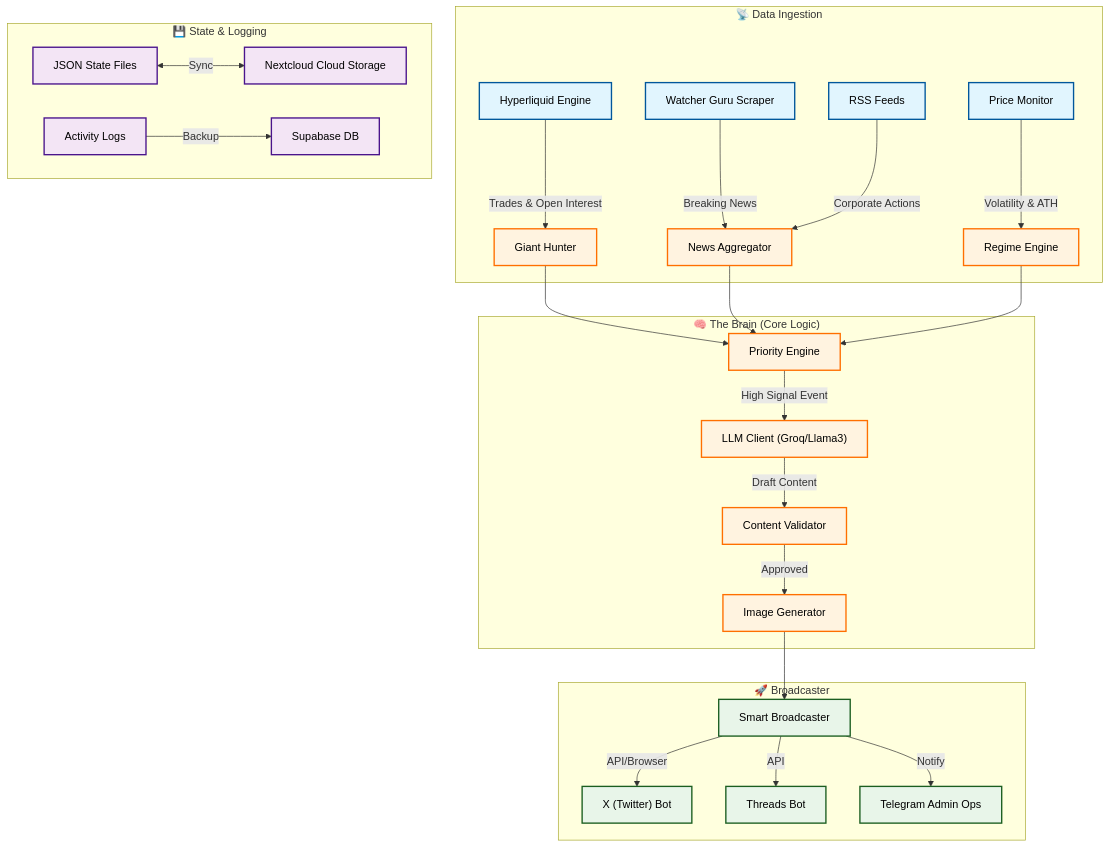
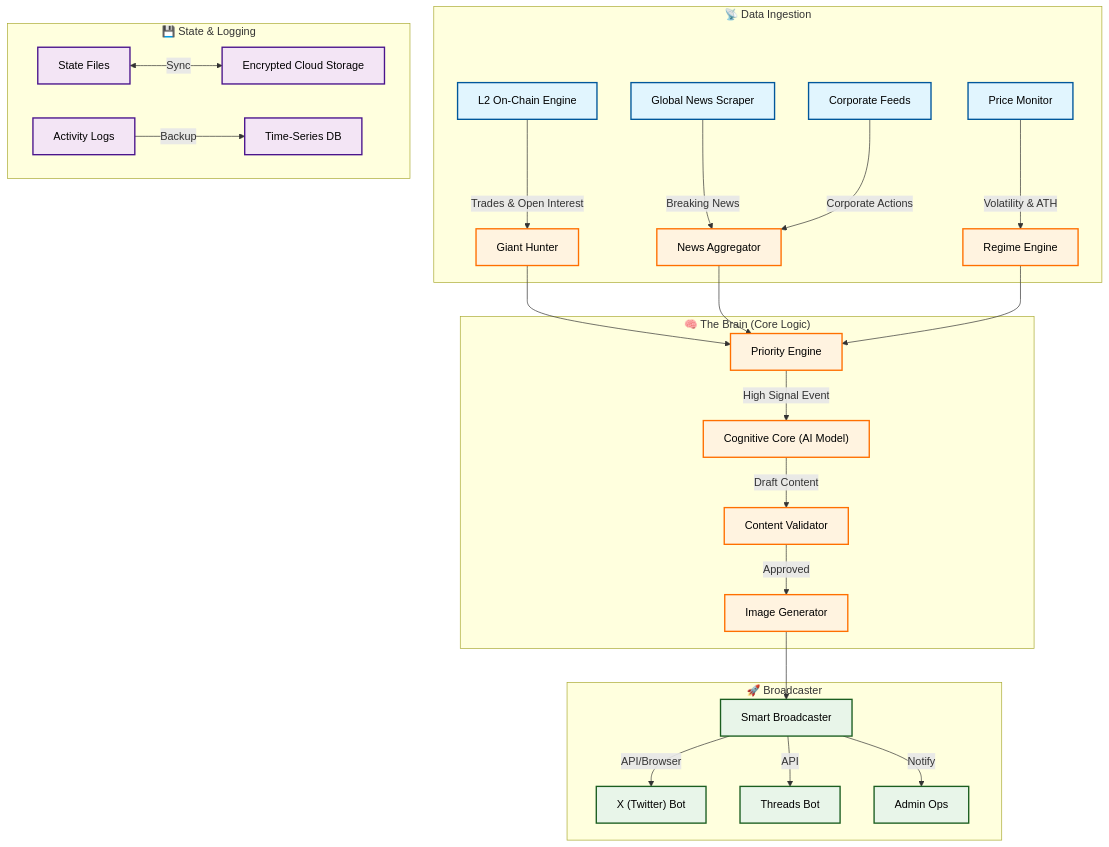
Before and after one commit to dewhush/Dew-Protocols: the diagram in README.md, drawn with Mermaid. The commit also changed other lines of this file, not shown here.

Commit message:
Update README.md badges and system architecture

````diff
--- a/README.md
+++ b/README.md
@@ -24,40 +25,40 @@
 ```mermaid
 graph TD
     subgraph Data_Layer ["📡 Data Ingestion"]
-        HL[Hyperliquid Engine] -->|Trades & Open Interest| GH[Giant Hunter]
-        W[Watcher Guru Scraper] -->|Breaking News| NA[News Aggregator]
-        RSS[RSS Feeds] -->|Corporate Actions| NA
+        HL[L2 On-Chain Engine] -->|Trades & Open Interest| GH[Giant Hunter]
+        W[Global News Scraper] -->|Breaking News| NA[News Aggregator]
+        RSS[Corporate Feeds] -->|Corporate Actions| NA
         Price[Price Monitor] -->|Volatility & ATH| RE[Regime Engine]
     end
 
     subgraph Logic_Layer ["🧠 The Brain (Core Logic)"]
         GH & NA --> PE[Priority Engine]
         RE --> PE
-        PE -->|High Signal Event| LLM["LLM Client (Groq/Llama3)"]
+        PE -->|High Signal Event| LLM["Cognitive Core (AI Model)"]
         LLM -->|Draft Content| VAL[Content Validator]
         VAL -->|Approved| IG[Image Generator]
     end
 
     subgraph Storage_Layer ["💾 State & Logging"]
-        States[JSON State Files] <-->|Sync| NC[Nextcloud Cloud Storage]
-        Logs[Activity Logs] -->|Backup| SB[Supabase DB]
+        States[State Files] <-->|Sync| NC[Encrypted Cloud Storage]
+        Logs[Activity Logs] -->|Backup| SB[Time-Series DB]
     end
 
     subgraph Action_Layer ["🚀 Broadcaster"]
         IG --> Poster[Smart Broadcaster]
         Poster -->|API/Browser| Twitter["X (Twitter) Bot"]
         Poster -->|API| Threads[Threads Bot]
-        Poster -->|Notify| TG[Telegram Admin Ops]
+        Poster -->|Notify| TG[Admin Ops]
     end
 
     %% formatting
     classDef source fill:#e1f5fe,stroke:#01579b,stroke-width:2px,color:#000;
     classDef logic fill:#fff3e0,stroke:#ff6f00,stroke-width:2px,color:#000;
     classDef storage fill:#f3e5f5,stroke:#4a148c,stroke-width:2px,color:#000;
     classDef action fill:#e8f5e9,stroke:#1b5e20,stroke-width:2px,color:#000;
 
     class HL,W,RSS,Price source;
     class GH,NA,RE,PE,LLM,VAL,IG logic;
     class States,Logs,NC,SB storage;
     class Poster,Twitter,Threads,TG action;
 ```
````
